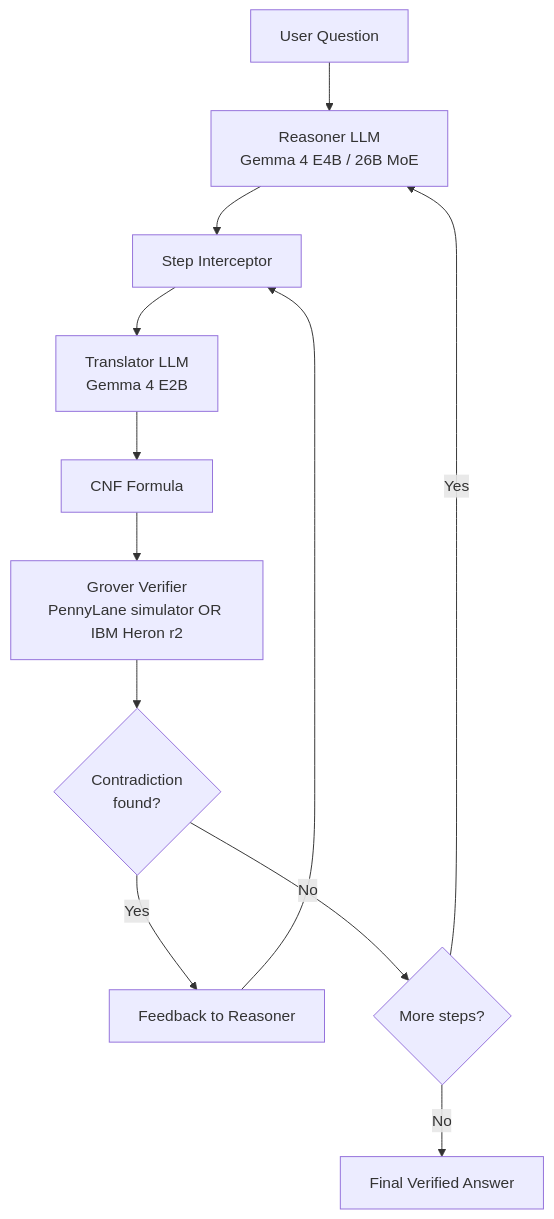
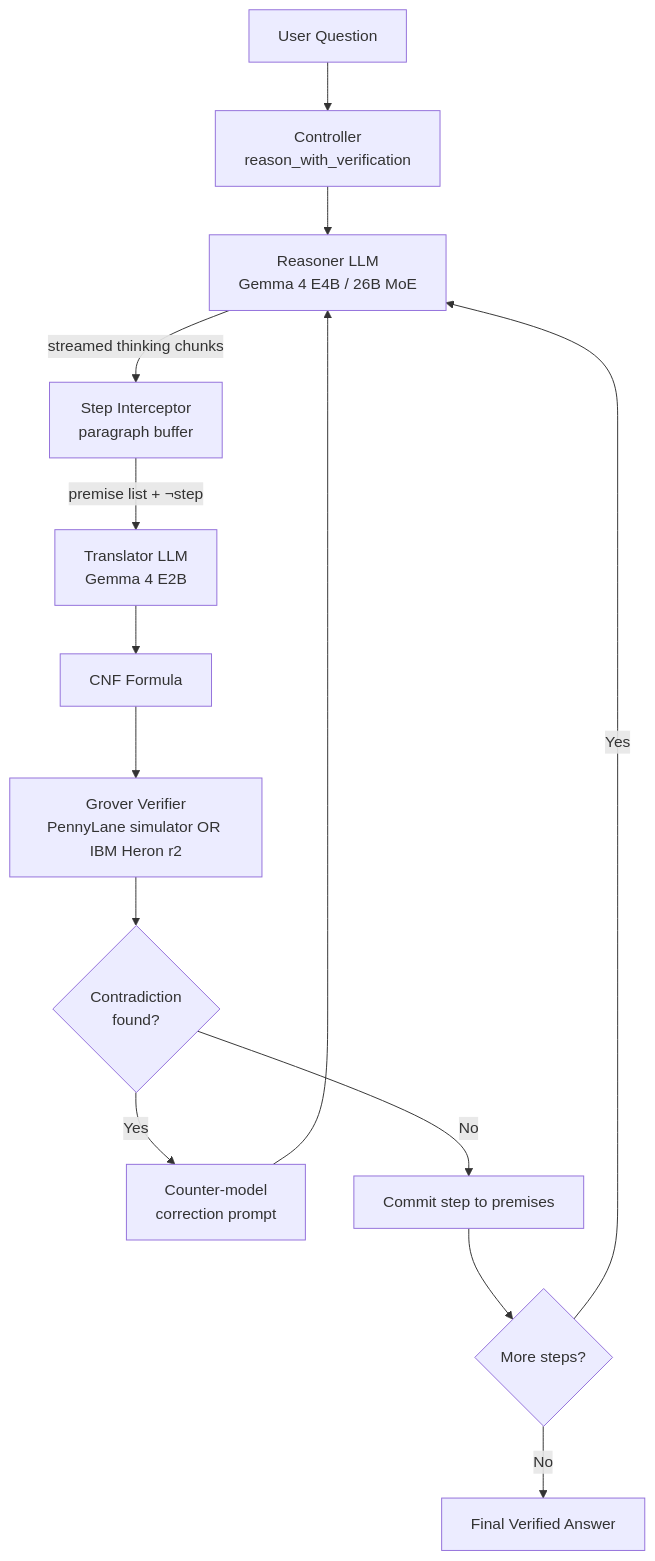
The diagram in docs/architecture.md (Quantum-Labor/qverify), drawn with Mermaid before and after one commit. The commit also changed other lines of this file and 4 other files, not shown here.

Commit message:
feat(controller): add Gemma 4 E4B smoke test, config knobs, and docs

````diff
--- a/docs/architecture.md
+++ b/docs/architecture.md
@@ -7,14 +7,16 @@
 ```mermaid
 flowchart TD
-    A[User Question] --> B[Reasoner LLM<br/>Gemma 4 E4B / 26B MoE]
-    B --> C[Step Interceptor]
-    C --> D[Translator LLM<br/>Gemma 4 E2B]
+    A[User Question] --> CTRL[Controller<br/>reason_with_verification]
+    CTRL --> B[Reasoner LLM<br/>Gemma 4 E4B / 26B MoE]
+    B -- streamed thinking chunks --> C[Step Interceptor<br/>paragraph buffer]
+    C -- premise list + ¬step --> D[Translator LLM<br/>Gemma 4 E2B]
     D --> E[CNF Formula]
     E --> F[Grover Verifier<br/>PennyLane simulator OR IBM Heron r2]
     F --> G{Contradiction<br/>found?}
-    G -- Yes --> H[Feedback to Reasoner]
-    H --> C
-    G -- No --> I{More steps?}
+    G -- Yes --> H[Counter-model<br/>correction prompt]
+    H --> B
+    G -- No --> COMMIT[Commit step to premises]
+    COMMIT --> I{More steps?}
     I -- Yes --> B
     I -- No --> J[Final Verified Answer]
 ```
````
